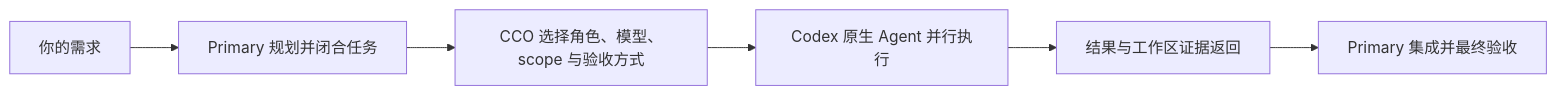
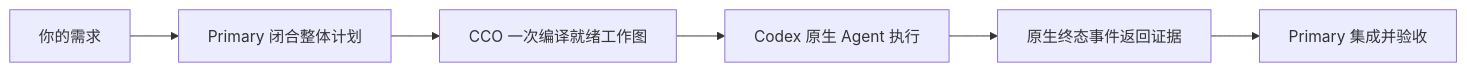
The diagram in README.zh-CN.md (KirschBluteX/agent-orchestration-gateway), drawn with Mermaid before and after one commit. The commit also changed other lines of this file and 27 other files, not shown here.

````diff
--- a/README.zh-CN.md
+++ b/README.zh-CN.md
@@ -25,8 +33,8 @@
 ```mermaid
 flowchart LR
-    U["你的需求"] --> P["Primary 规划并闭合任务"]
-    P --> C["CCO 选择角色、模型、scope 与验收方式"]
-    C --> A["Codex 原生 Agent 并行执行"]
-    A --> E["结果与工作区证据返回"]
-    E --> V["Primary 集成并最终验收"]
+    U["你的需求"] --> P["Primary 闭合整体计划"]
+    P --> R["CCO 一次编译就绪工作图"]
+    R --> A["Codex 原生 Agent 执行"]
+    A --> E["原生终态事件返回证据"]
+    E --> V["Primary 集成并验收"]
 ```
````
